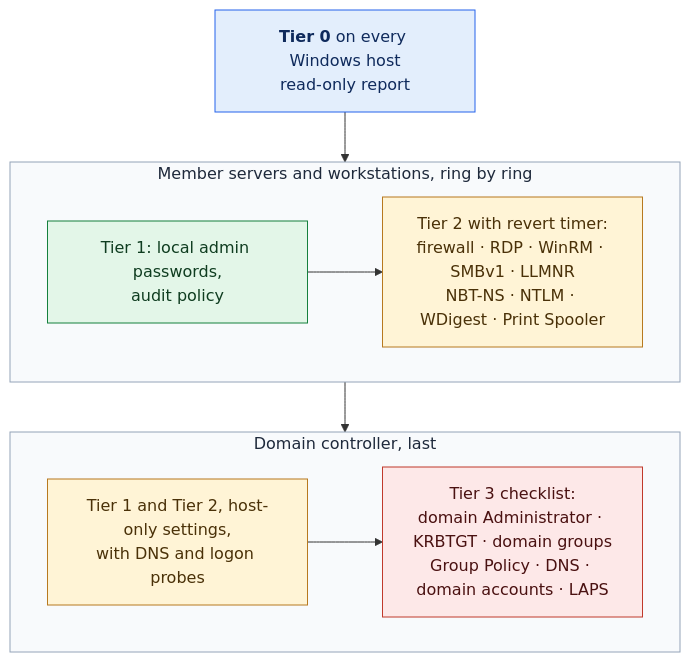
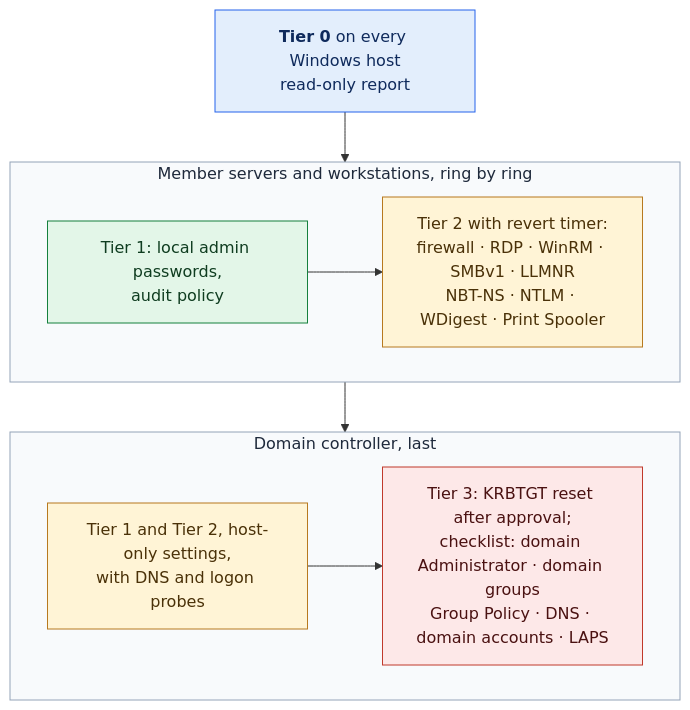
The diagram in docs/design/11-Windows-and-AD-Hardening.md (dotnetdork/Labyrinth), drawn with Mermaid before and after one commit. The commit also changed other lines of this file and 23 other files, not shown here.

````diff
--- a/docs/design/11-Windows-and-AD-Hardening.md
+++ b/docs/design/11-Windows-and-AD-Hardening.md
@@ -53,21 +53,21 @@
 ```mermaid
 flowchart TD
     T0["<b>Tier 0</b> on every Windows host<br/>read-only report"] --> MEM
     subgraph MEM["Member servers and workstations, ring by ring"]
         M1["Tier 1: local admin passwords,<br/>audit policy"] --> M2["Tier 2 with revert timer:<br/>firewall · RDP · WinRM · SMBv1 · LLMNR<br/>NBT-NS · NTLM · WDigest · Print Spooler"]
     end
     MEM --> DC
     subgraph DC["Domain controller, last"]
-        D1["Tier 1 and Tier 2, host-only settings,<br/>with DNS and logon probes"] --> D3["Tier 3 checklist:<br/>domain Administrator · KRBTGT · domain groups<br/>Group Policy · DNS · domain accounts · LAPS"]
+        D1["Tier 1 and Tier 2, host-only settings,<br/>with DNS and logon probes"] --> D3["Tier 3: KRBTGT reset after approval;<br/>checklist: domain Administrator · domain groups<br/>Group Policy · DNS · domain accounts · LAPS"]
     end
     classDef observe fill:#e3eefc,stroke:#2563eb,color:#0f2a5c
     classDef ok fill:#e3f6e8,stroke:#15803d,color:#0f3d20
     classDef human fill:#fff4d6,stroke:#b7791f,color:#4a3108
     classDef lockout fill:#fde8e8,stroke:#c0392b,color:#4a1111
     class T0 observe
     class M1 ok
     class M2,D1 human
     class D3 lockout
     style MEM fill:#f8fafc,stroke:#94a3b8,color:#1e293b
     style DC fill:#f8fafc,stroke:#94a3b8,color:#1e293b
 ```
````
